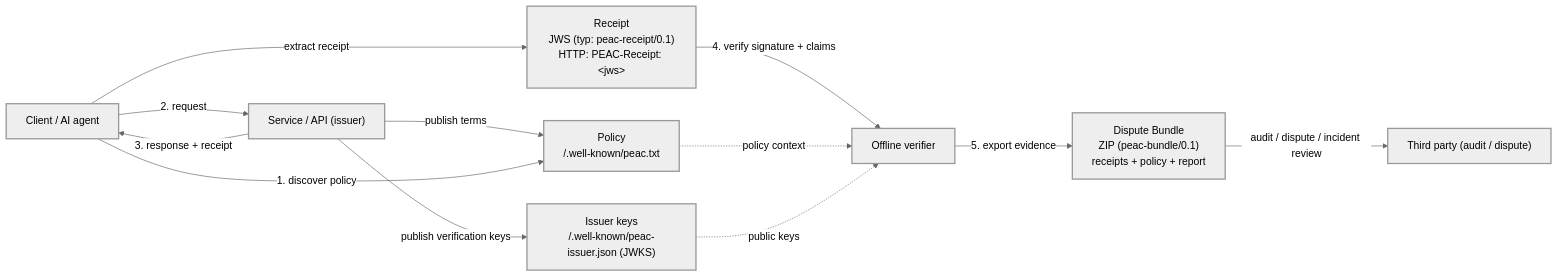
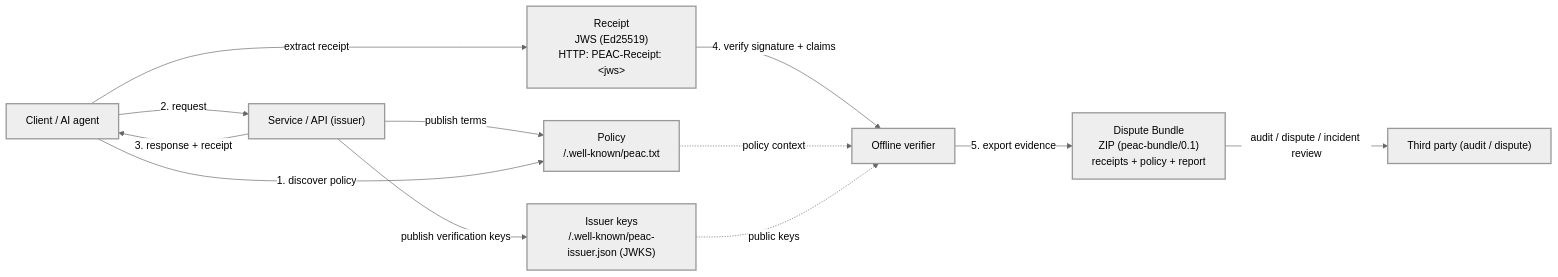
One commit to peacprotocol/peac changed the diagram in README.md. Above: the diagram before and after it, drawn with Mermaid. The commit also changed other lines of this file and 2 other files, not shown here.

````diff
--- a/README.md
+++ b/README.md
@@ -49,32 +49,32 @@
 ```mermaid
 %%{init: {'theme':'neutral'} }%%
 flowchart LR
   A["Client / AI agent"]
   S["Service / API (issuer)"]
   V["Offline verifier"]
   T["Third party (audit / dispute)"]
 
   P["Policy<br/>/.well-known/peac.txt"]
   K["Issuer keys<br/>/.well-known/peac-issuer.json (JWKS)"]
-  R["Receipt<br/>JWS (typ: peac-receipt/0.1)<br/>HTTP: PEAC-Receipt: &lt;jws&gt;"]
+  R["Receipt<br/>JWS (Ed25519)<br/>HTTP: PEAC-Receipt: &lt;jws&gt;"]
   B["Dispute Bundle<br/>ZIP (peac-bundle/0.1)<br/>receipts + policy + report"]
 
   S -->|publish terms| P
   S -->|publish verification keys| K
   A -->|1. discover policy| P
   A -->|2. request| S
   S -->|3. response + receipt| A
   A -->|extract receipt| R
   R -->|4. verify signature + claims| V
   P -.->|policy context| V
   K -.->|public keys| V
   V -->|5. export evidence| B
   B -->|audit / dispute / incident review| T
 
   classDef actor stroke-width:2px
   classDef artifact stroke-width:2px
   classDef evidence stroke-width:2px
   class A,S,V,T actor
   class P,K,R artifact
   class B evidence
 ```
````
